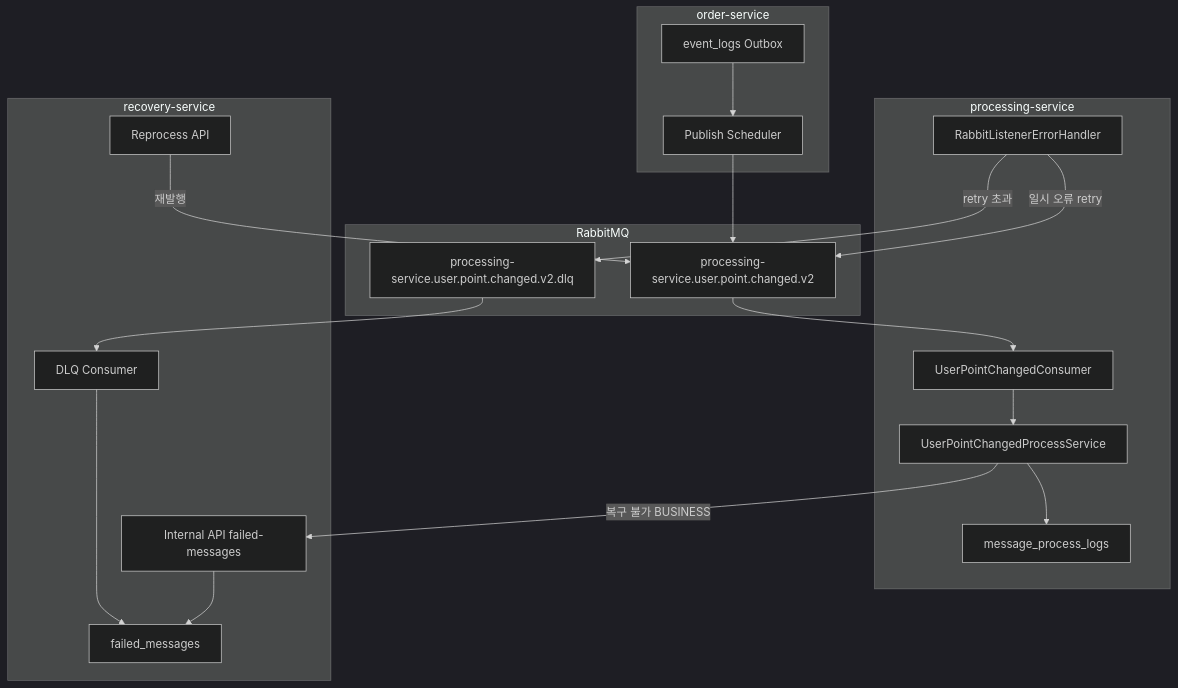
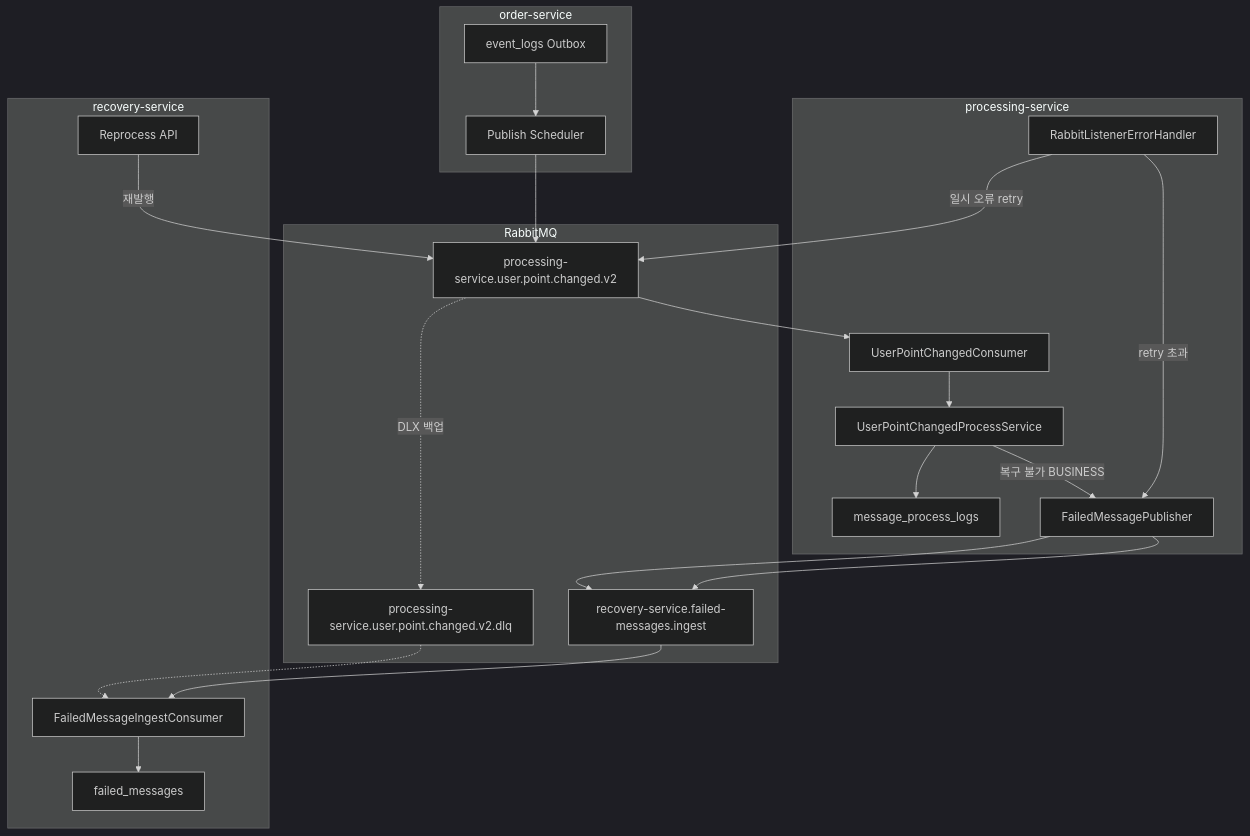
One commit to hpoong/ordermesh-retry changed the diagram in docs/plan/recovery-rollout/README.md. Above: the diagram before and after it, drawn with Mermaid (dark theme). The commit also changed other lines of this file and 5 other files, not shown here.

Commit message:
docs: recovery-rollout plan 수정 - `message_process_logs` `FAILED` 처리

````diff
--- a/docs/plan/recovery-rollout/README.md
+++ b/docs/plan/recovery-rollout/README.md
@@ -24,34 +24,37 @@
 ```mermaid
 flowchart TB
   subgraph orderSvc [order-service]
     Outbox[event_logs Outbox]
     Scheduler[Publish Scheduler]
   end
 
   subgraph mq [RabbitMQ]
     MainQ["processing-service.user.point.changed.v2"]
+    IngestQ["recovery-service.failed-messages.ingest"]
     DLQ["processing-service.user.point.changed.v2.dlq"]
   end
 
   subgraph procSvc [processing-service]
     Consumer[UserPointChangedConsumer]
     Process[UserPointChangedProcessService]
     MPL[message_process_logs]
+    Publisher[FailedMessagePublisher]
     ErrorHandler[RabbitListenerErrorHandler]
   end
 
   subgraph recSvc [recovery-service]
-    IngestAPI["Internal API failed-messages"]
-    DLQConsumer[DLQ Consumer]
+    IngestConsumer[FailedMessageIngestConsumer]
     FM[failed_messages]
     Reprocess[Reprocess API]
   end
 
   Outbox --> Scheduler --> MainQ
   MainQ --> Consumer --> Process --> MPL
-  Process -->|"복구 불가 BUSINESS"| IngestAPI --> FM
+  Process -->|"복구 불가 BUSINESS"| Publisher --> IngestQ
   ErrorHandler -->|"일시 오류 retry"| MainQ
-  ErrorHandler -->|"retry 초과"| DLQ
-  DLQ --> DLQConsumer --> FM
+  ErrorHandler -->|"retry 초과"| Publisher --> IngestQ
+  MainQ -.->|"DLX 백업"| DLQ
+  DLQ -.-> IngestConsumer
+  IngestQ --> IngestConsumer --> FM
   Reprocess -->|"재발행"| MainQ
 ```
````
